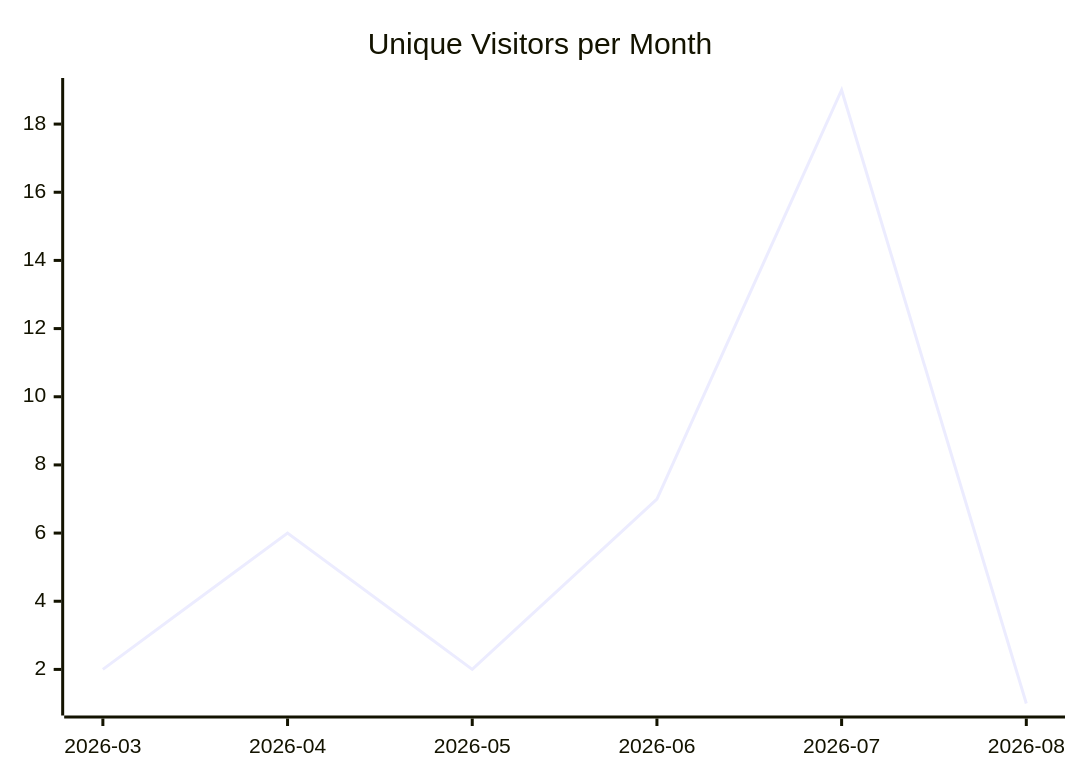
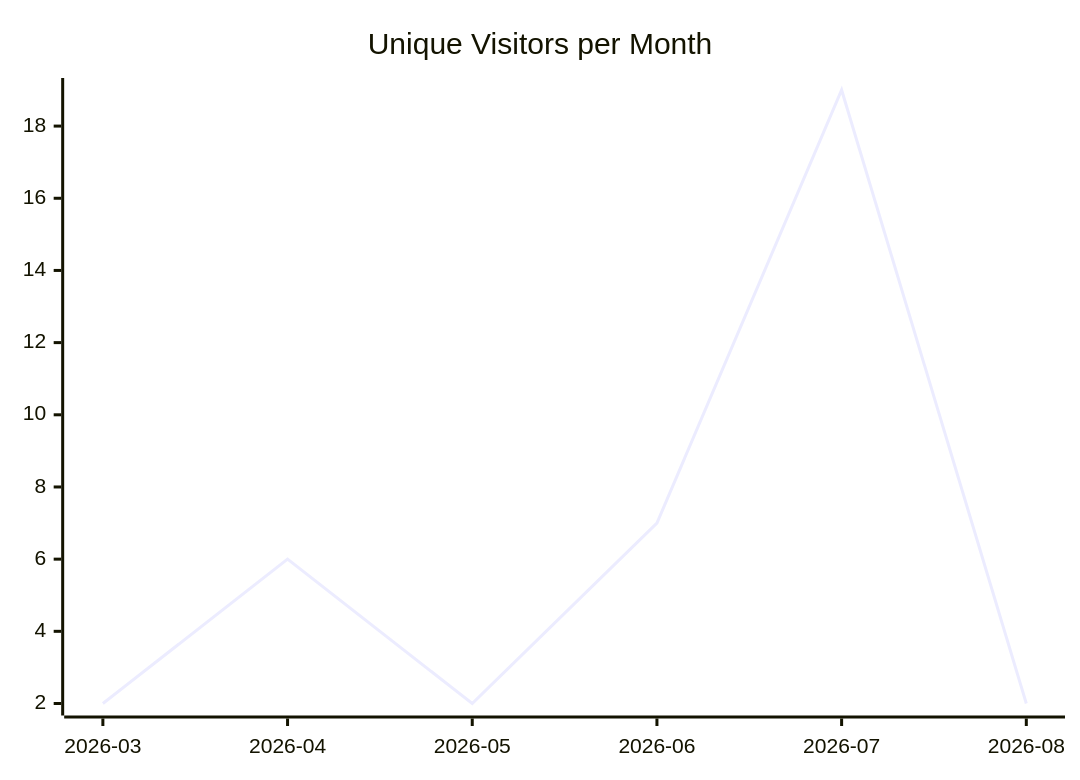
The first of 3 diagrams in karlmdavis/fhir-benchmarks/README.md (justdavis-family/github-analytics-data), drawn with Mermaid before and after one commit. The commit also changed other lines of this file and 156 other files, not shown here.

````diff
--- a/karlmdavis/fhir-benchmarks/README.md
+++ b/karlmdavis/fhir-benchmarks/README.md
@@ -5,6 +5,6 @@
 ```mermaid
 xychart-beta
   title "Unique Visitors per Month"
   x-axis ["2026-03", "2026-04", "2026-05", "2026-06", "2026-07", "2026-08"]
-  line [2, 6, 2, 7, 19, 1]
+  line [2, 6, 2, 7, 19, 2]
 ```
````
